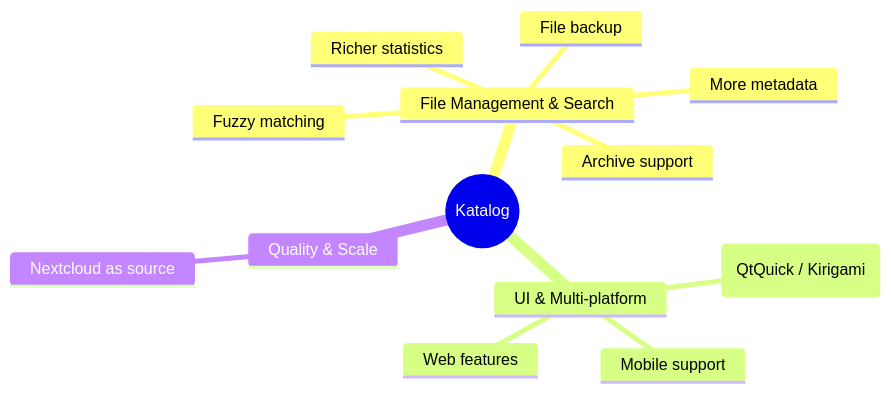
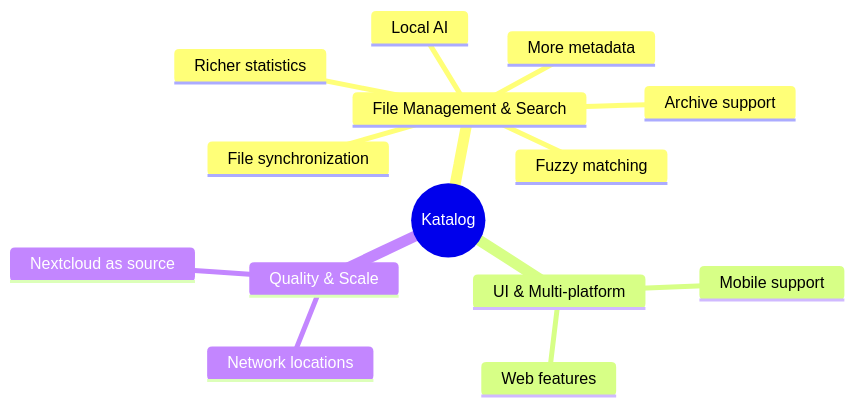
The diagram in docs_src/docs/development/Dev-Roadmap.md (StephaneCouturier/Katalog), drawn with Mermaid before and after one commit. The commit also changed other lines of this file and 89 other files, not shown here.

````diff
--- a/docs_src/docs/development/Dev-Roadmap.md
+++ b/docs_src/docs/development/Dev-Roadmap.md
@@ -10,16 +9,17 @@
 ```mermaid
 mindmap
   root((Katalog))
     File Management & Search
       More metadata
       Archive support
       Richer statistics
       Fuzzy matching
-      File backup
+      File synchronization
+      Local AI
     UI & Multi-platform
-      Mordern UI (QtQuick / Kirigami)
       Mobile support
       Web features
     Quality & Scale
       Nextcloud as source
+      Network locations
 ```
````
